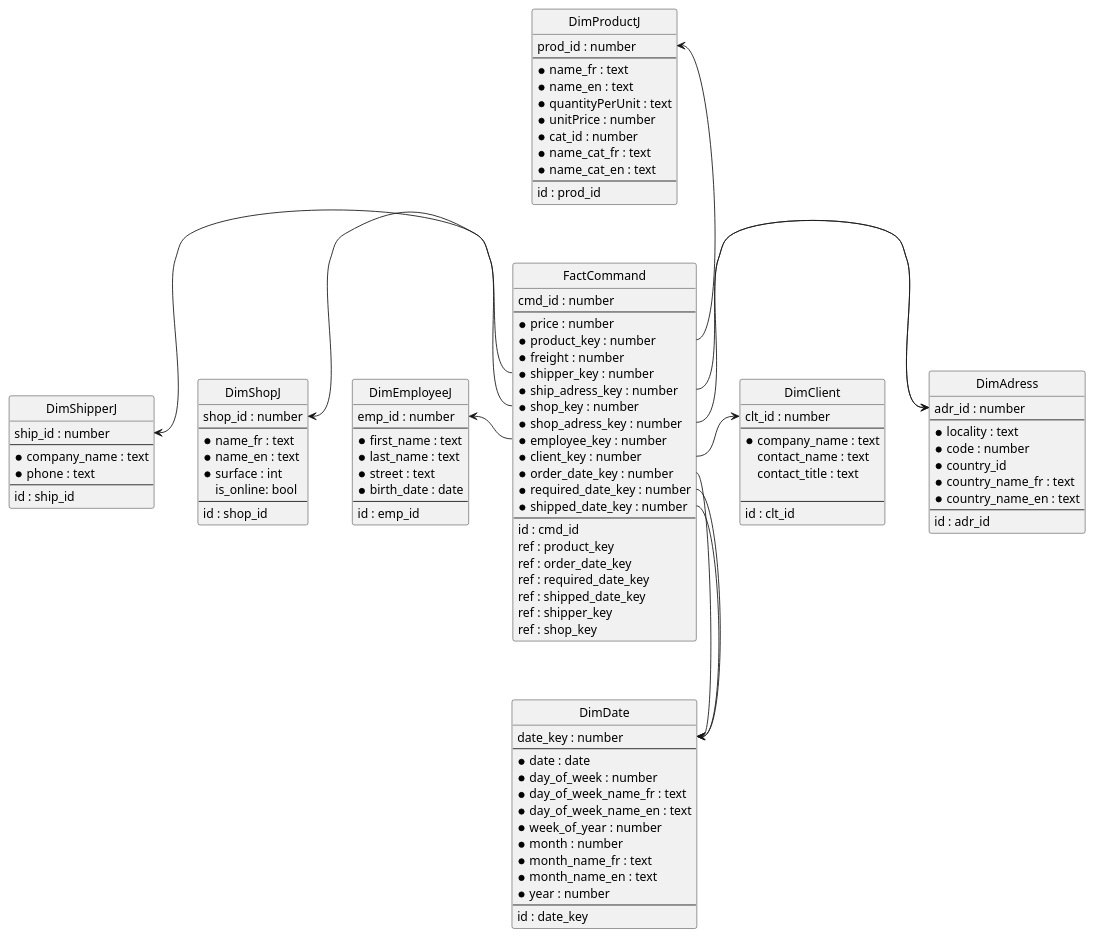
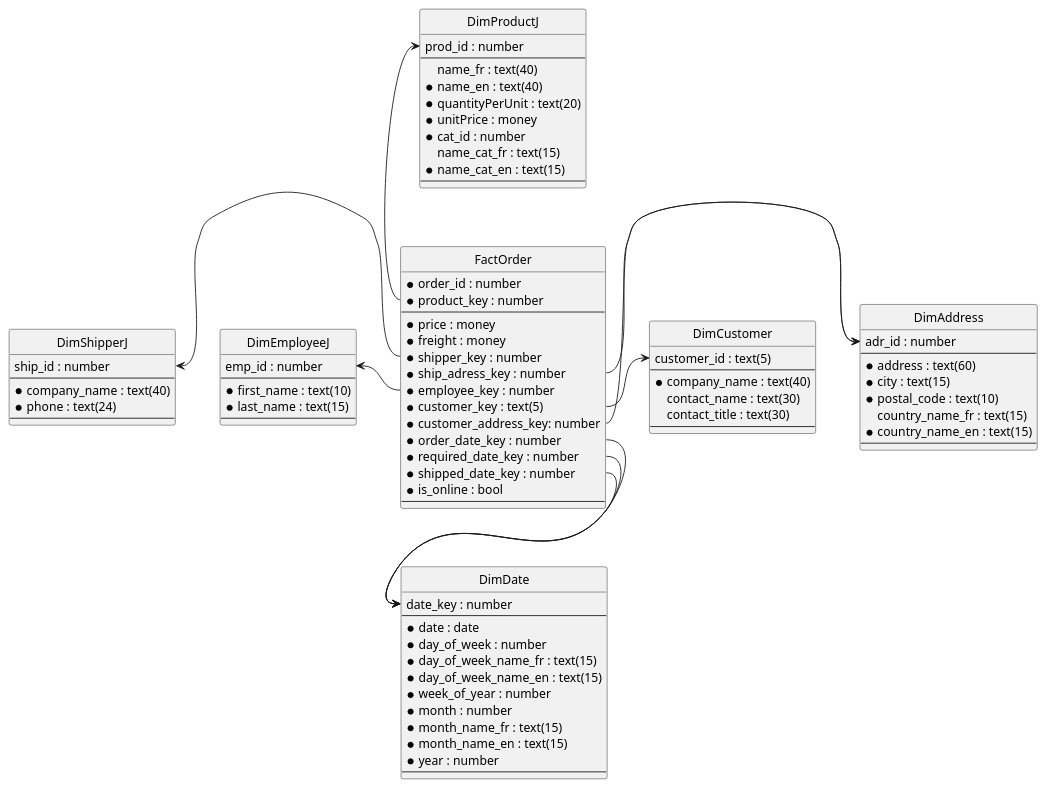
Before and after one commit to vsantele/IG3-Projet-BI: the diagram in schema/db.puml, drawn with PlantUML. The commit also changed 12 other files, not shown here.

```diff
--- a/schema/db.puml
+++ b/schema/db.puml
@@ -1,140 +1,96 @@
 @startuml db
 hide circle
 
-entity "DimShopJ" as shop{
-    shop_id : number
-    --
-    *name_fr : text
-    *name_en : text
-    *surface : int
-    is_online: bool
-    --
-    id : shop_id
-}
-
-' entity "DimWebshop" as wshop{
-'     wshop_id : number <<generated>>
-'     --
-'     *url : text
-' }
 
 entity "DimEmployeeJ" as emp {
     emp_id : number
     --
-    *first_name : text
-    *last_name : text
-    *street : text
-    *birth_date : date
+    *first_name : text(10)
+    *last_name : text(15)
     --
-    id : emp_id
 }
 
 
-entity "DimClient" as clt {
-	clt_id : number
+entity "DimCustomer" as customer {
+	customer_id : text(5)
 --
-    *company_name : text
-    contact_name : text
-    contact_title : text
-
+    *company_name : text(40)
+    contact_name : text(30)
+    contact_title : text(30)
 --
-    id : clt_id
 }
 entity "DimShipperJ" as shp{
     ship_id : number
     --
-    *company_name : text
-    *phone : text
+    *company_name : text(40)
+    *phone : text(24)
     --
-    id : ship_id
 }
 
 entity "DimProductJ" as prod {
     prod_id : number
     --
-    *name_fr : text
-    *name_en : text
-    *quantityPerUnit : text
-    *unitPrice : number
+    name_fr : text(40)
+    *name_en : text(40)
+    *quantityPerUnit : text(20)
+    *unitPrice : money
     *cat_id : number
-    *name_cat_fr : text
-    *name_cat_en : text
+    name_cat_fr : text(15)
+    *name_cat_en : text(15)
     --
-    id : prod_id
 }
-entity "FactCommand" as cmd{
-    cmd_id : number
+entity "FactOrder" as order{
+    *order_id : number
+    *product_key : number
     --
-    *price : number
-    *product_key : number
-    *freight : number
+    *price : money
+    *freight : money
     *shipper_key : number
     *ship_adress_key : number
-    *shop_key : number
-    *shop_adress_key : number
     *employee_key : number
-    *client_key : number
+    *customer_key : text(5)
+    *customer_address_key: number
     *order_date_key : number
     *required_date_key : number
     *shipped_date_key : number
+    *is_online : bool
     --
-    id : cmd_id
-    ref : product_key
-    ref : order_date_key
-    ref : required_date_key
-    ref : shipped_date_key
-    ref : shipper_key
-    ref : shop_key
 }
-entity "DimAdress" as adr{
+entity "DimAddress" as adr{
     adr_id : number
     --
-    *locality : text
-    *code : number
-    *country_id
-    *country_name_fr : text
-    *country_name_en : text
+    *address : text(60)
+    *city : text(15)
+    *postal_code : text(10)
+    country_name_fr : text(15)
+    *country_name_en : text(15)
     --
-    id : adr_id
 }
 
 entity "DimDate" as date {
     date_key : number
     --
     *date : date
     *day_of_week : number
-    *day_of_week_name_fr : text
-    *day_of_week_name_en : text
+    *day_of_week_name_fr : text(15)
+    *day_of_week_name_en : text(15)
     *week_of_year : number
     *month : number
-    *month_name_fr : text
-    *month_name_en : text
+    *month_name_fr : text(15)
+    *month_name_en : text(15)
     *year : number
     --
-    id : date_key
 }
 
 
-
-' prod <-- cmd
-' emp <-- cmd
-' clt <-- cmd
-' shp <-- cmd
-' shop <-- cmd
-' ' wshop <-- cmd
-' adr <-- cmd
-' ctr <-- cmd
-' dat <-- cmd
-
-cmd::order_date_key --> date::date_key
-cmd::required_date_key --> date::date_key
-cmd::shipped_date_key --> date::date_key
-cmd::product_key -up-> prod::prod_id
-cmd::employee_key  -left-> emp::emp_id
-cmd::shop_key -left-> shop::shop_id
-cmd::shipper_key -left-> shp::ship_id
-cmd::shop_adress_key -right-> adr::adr_id
-cmd::ship_adress_key --> adr::adr_id
-cmd::client_key -right-> clt::clt_id
+order::order_date_key --> date::date_key
+order::required_date_key --> date::date_key
+order::shipped_date_key --> date::date_key
+order::product_key -up-> prod::prod_id
+order::employee_key  -left-> emp::emp_id
+order::shipper_key -left-> shp::ship_id
+order::ship_adress_key --> adr::adr_id
+order::customer_key -right-> customer::customer_id
+order::customer_address_key -right-> adr::adr_id
 
 @endum
```
